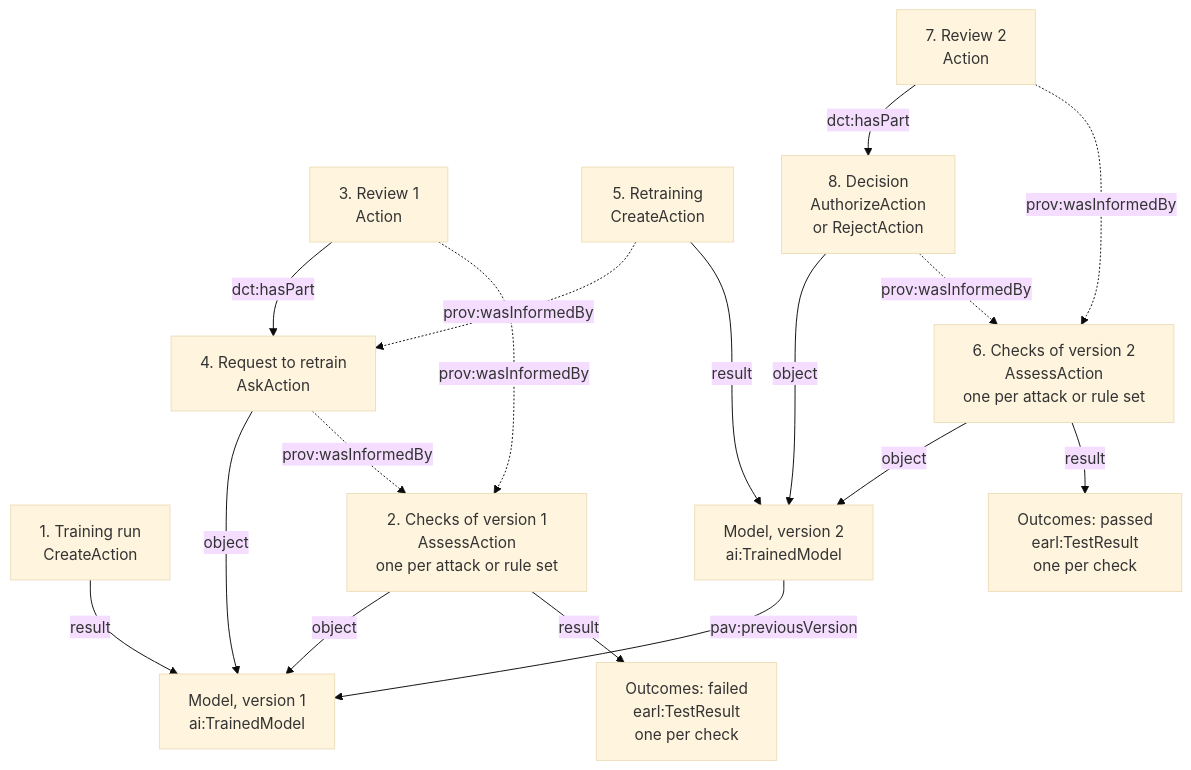
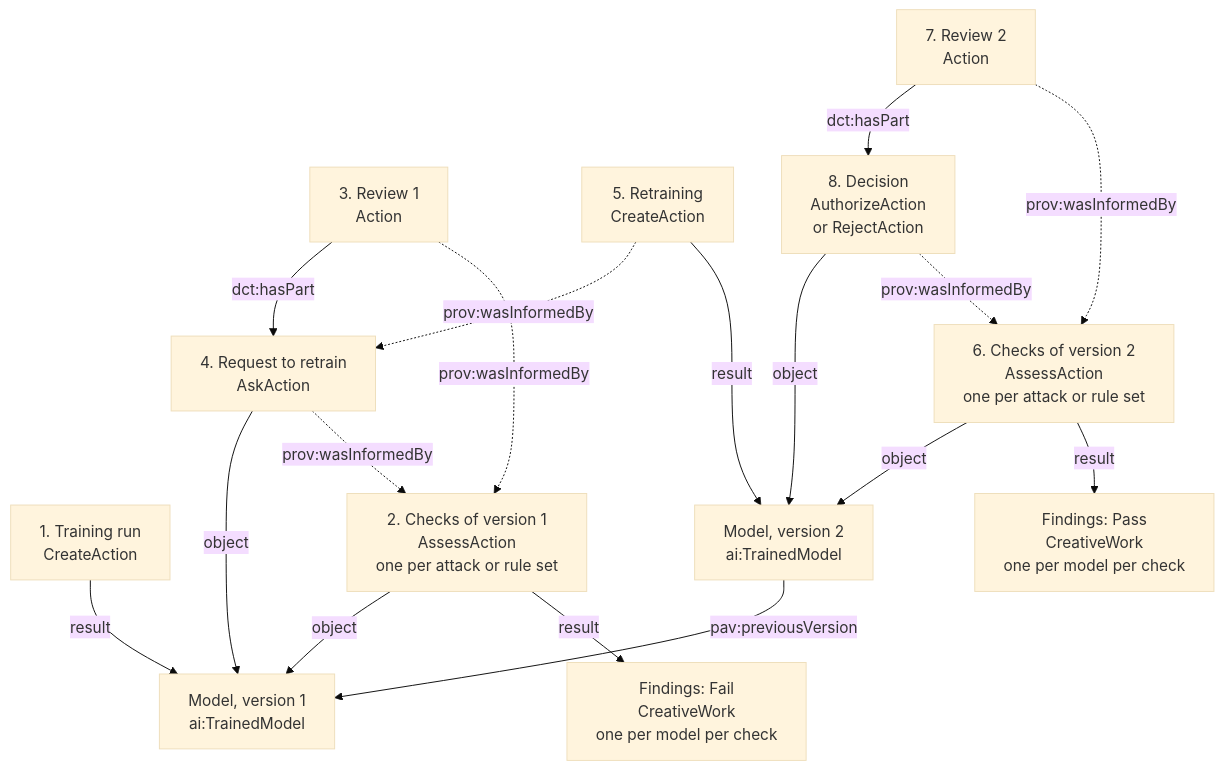
One commit to eScienceLab/Five-Safes-RO-Crate changed the diagram in docs/modules/trained-model-output-checking.md. Above: the diagram before and after it, drawn with Mermaid (base theme). The commit also changed other lines of this file, not shown here.

Commit message:
Address review comments on the trained model output checking module

````diff
--- a/docs/modules/trained-model-output-checking.md
+++ b/docs/modules/trained-model-output-checking.md
@@ -57,19 +57,19 @@
 ```mermaid
 flowchart TD
     T1["1. Training run<br/>CreateAction"] -->|"result"| M1["Model, version 1<br/>ai:TrainedModel"]
     C1["2. Checks of version 1<br/>AssessAction<br/>one per attack or rule set"] -->|"object"| M1
-    C1 -->|"result"| O1["Outcomes: failed<br/>earl:TestResult<br/>one per check"]
+    C1 -->|"result"| O1["Findings: Fail<br/>CreativeWork<br/>one per model per check"]
     R1["3. Review 1<br/>Action"] -->|"dct:hasPart"| Q["4. Request to retrain<br/>AskAction"]
     Q -->|"object"| M1
     Q -.->|"prov:wasInformedBy"| C1
     T2["5. Retraining<br/>CreateAction"] -.->|"prov:wasInformedBy"| Q
     T2 -->|"result"| M2["Model, version 2<br/>ai:TrainedModel"]
     M2 -->|"pav:previousVersion"| M1
     C2["6. Checks of version 2<br/>AssessAction<br/>one per attack or rule set"] -->|"object"| M2
-    C2 -->|"result"| O2["Outcomes: passed<br/>earl:TestResult<br/>one per check"]
+    C2 -->|"result"| O2["Findings: Pass<br/>CreativeWork<br/>one per model per check"]
     R2["7. Review 2<br/>Action"] -->|"dct:hasPart"| D["8. Decision<br/>AuthorizeAction<br/>or RejectAction"]
     D -->|"object"| M2
     D -.->|"prov:wasInformedBy"| C2
           R1 -.->|"prov:wasInformedBy"| C1
       R2 -.->|"prov:wasInformedBy"| C2
 ```
````
